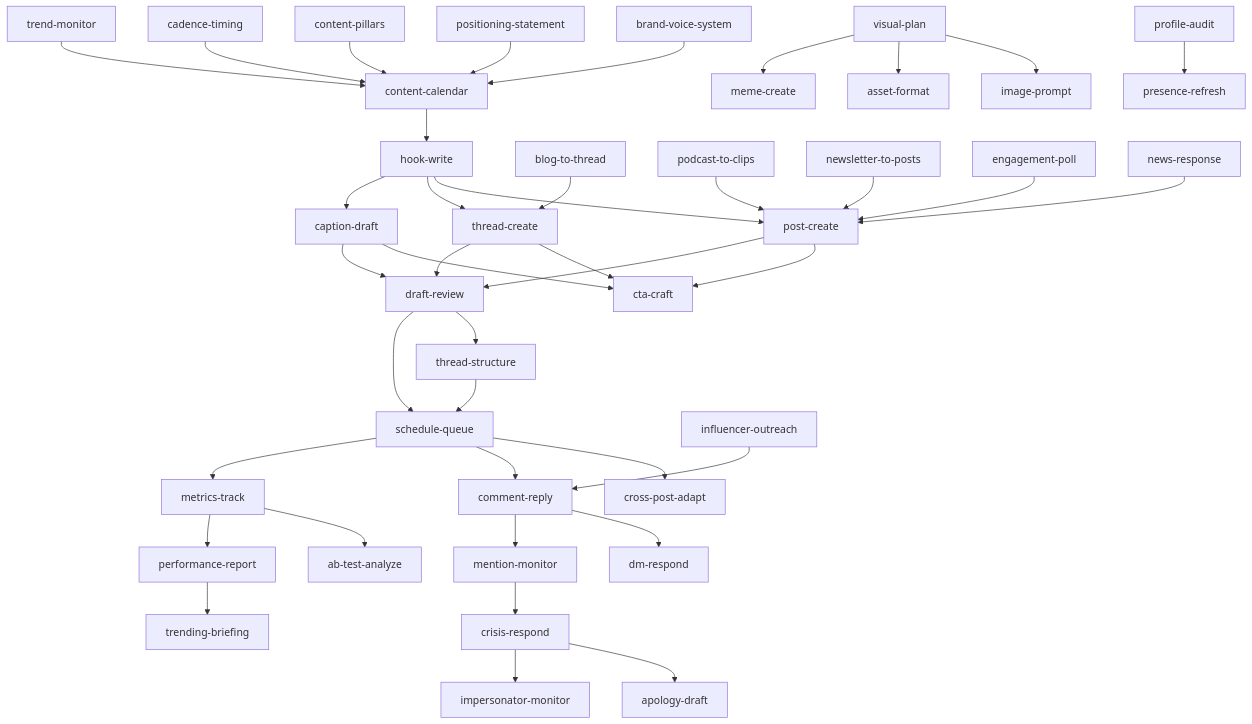
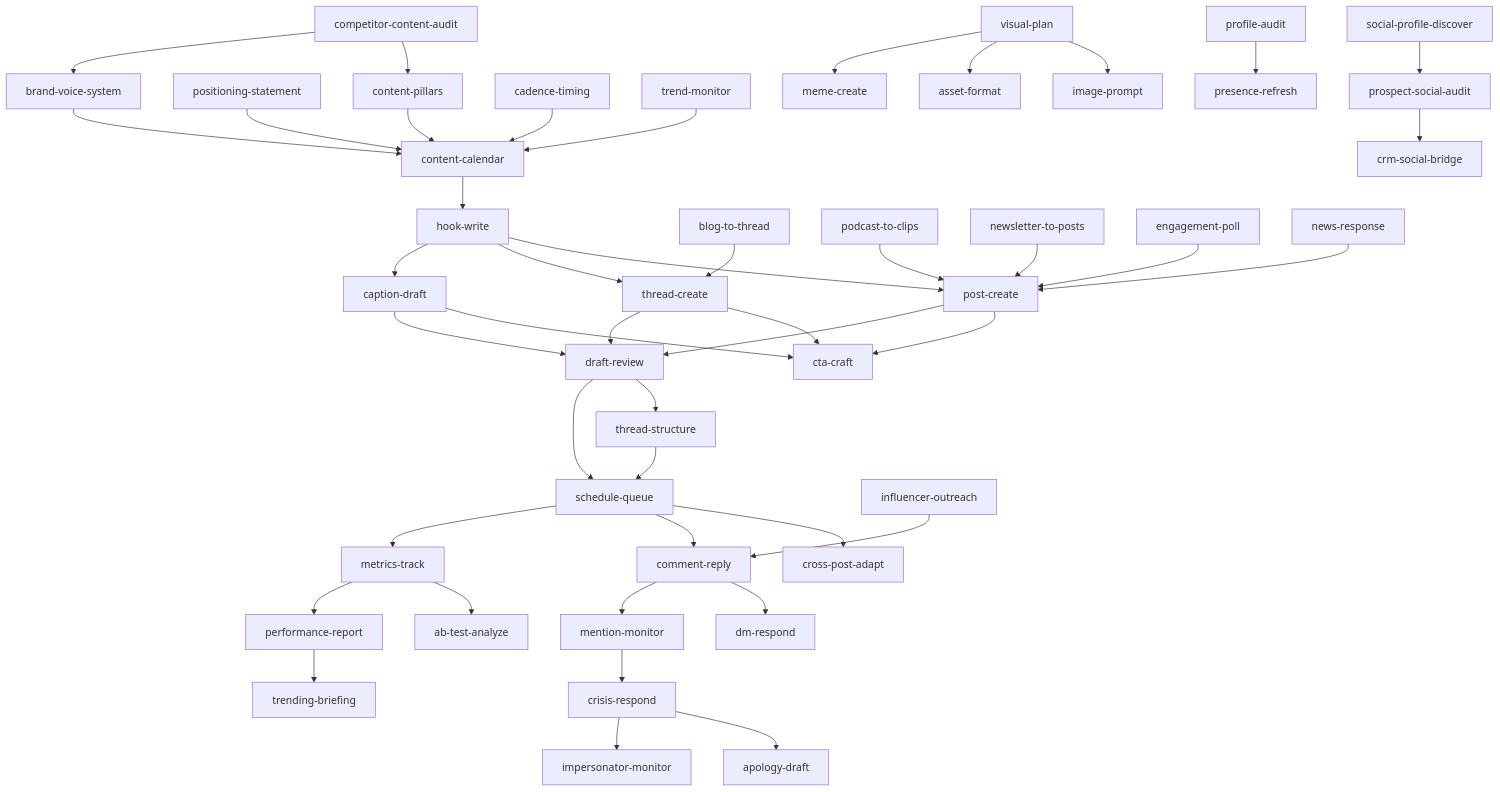
The diagram in README.md (gokulb20/Crewm8-Social-Media-Manager-Skill-Graph), drawn with Mermaid before and after one commit. The commit also changed other lines of this file and 2 other files, not shown here.

```diff
--- a/README.md
+++ b/README.md
@@ -66,7 +66,15 @@
   IM["impersonator-monitor"]
   PA["profile-audit"]
   PRF["presence-refresh"]
+  SPD["social-profile-discover"]
+  PSA["prospect-social-audit"]
+  CCA["competitor-content-audit"]
+  CSB["crm-social-bridge"]
 
+  SPD --> PSA
+  PSA --> CSB
+  CCA --> CP
+  CCA --> BV
   BV --> CC
   PS --> CC
   CP --> CC
```
